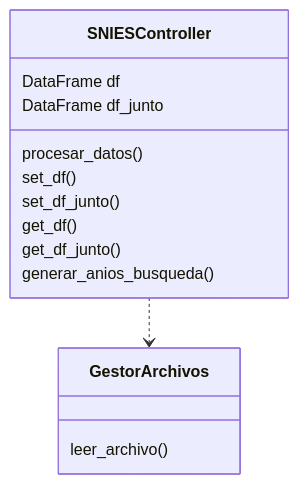
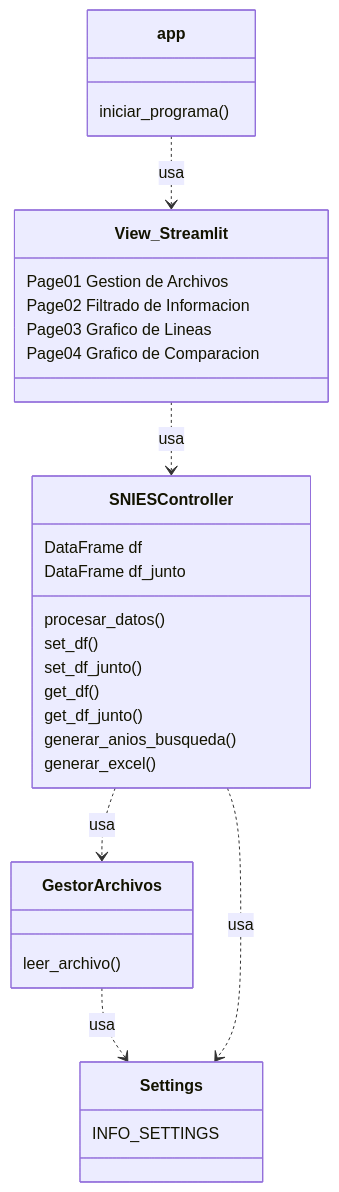
The diagram in README.md (300CIS017-Object-Oriented-Programming/proyecto-3-syntax_pro_trump), drawn with Mermaid before and after one commit.

Commit message:
NEW: Terminado diagrama Mermaid

````diff
--- a/README.md
+++ b/README.md
@@ -22,20 +22,40 @@
 ```mermaid
 classDiagram
 direction TB
-    SNIESController ..> GestorArchivos
+    app ..> View_Streamlit : usa
+    View_Streamlit ..> SNIESController : usa
+    SNIESController ..> GestorArchivos : usa
+    GestorArchivos ..> Settings : usa
+    SNIESController ..> Settings : usa
 
     class GestorArchivos {
         leer_archivo()
     }
     
     class SNIESController {
         DataFrame df
         DataFrame df_junto
         procesar_datos()
         set_df()
         set_df_junto()
         get_df()
         get_df_junto()
         generar_anios_busqueda()
+        generar_excel()
+    }
+    
+    class Settings {
+        INFO_SETTINGS
+    }
+    
+    class View_Streamlit{
+        Page01 Gestion de Archivos
+        Page02 Filtrado de Informacion
+        Page03 Grafico de Lineas
+        Page04 Grafico de Comparacion
+    }
+    
+    class app {
+        iniciar_programa()
     }
 ```
````
